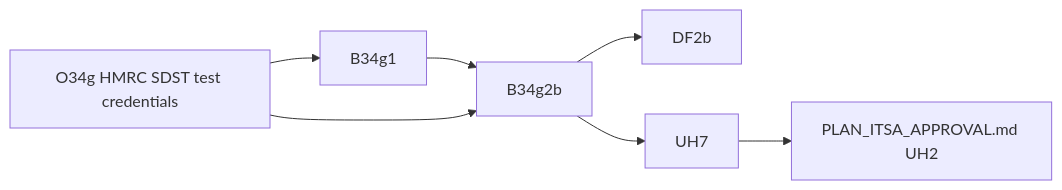
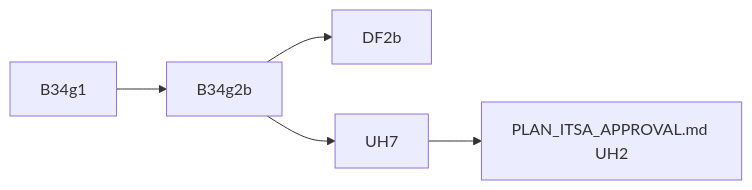
The diagram in PLAN_HMRC_CT_APPROVAL.md (diy-accounting-uk/submit.diyaccounting.co.uk), drawn with Mermaid before and after one commit. The commit also changed other lines of this file and 1 other file, not shown here.

First line of the commit message:
Refine: B34g split into B34g1 (ready: Vendor ID 9873 in config, an --ets mode in hmrc-tpvs-ct600.js, a dispatchable ci workflow) and B34g2b (blocked on B34g1: the page filing on ci, then prod); LANG7 brief current (PR #798, person icon)

````diff
--- a/PLAN_HMRC_CT_APPROVAL.md
+++ b/PLAN_HMRC_CT_APPROVAL.md
@@ -41,9 +41,7 @@
 ```mermaid
 flowchart LR
-    O34g[O34g HMRC SDST test credentials] --> B34g1
     B34g1 --> B34g2b
-    O34g --> B34g2b
     B34g2b --> DF2b
     B34g2b --> UH7
     UH7 --> UH2["PLAN_ITSA_APPROVAL.md UH2"]
 ```
````
